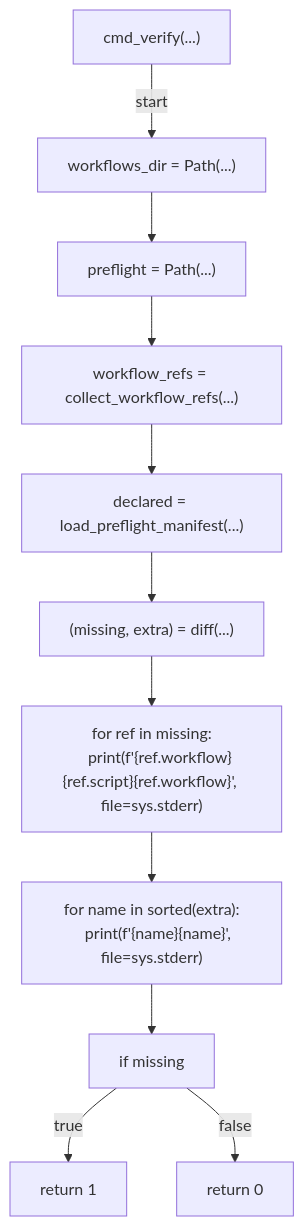
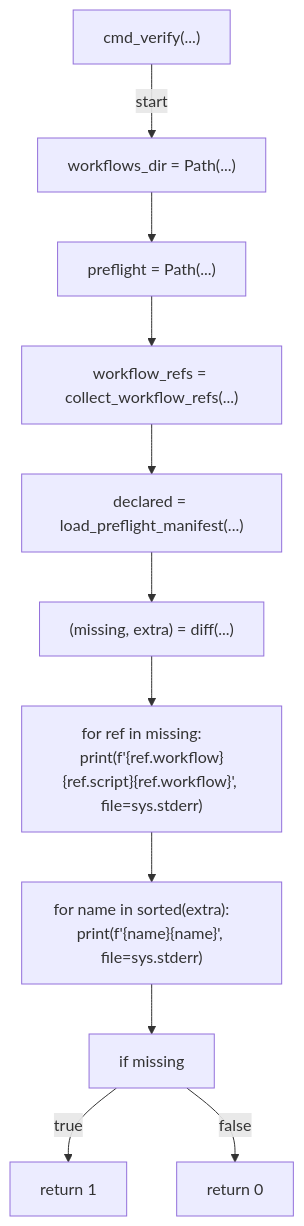
The sixth of 7 diagrams in docs/generated/scripts/ast/scan_preflight_drift.md (tvna/claude-md), drawn with Mermaid before and after one commit. The commit also changed other lines of this file and 23 other files, not shown here.

First line of the commit message:
docs(generated): regenerate decision tree and workflow diagrams (batch 4/5)

````diff
--- a/docs/generated/scripts/ast/scan_preflight_drift.md
+++ b/docs/generated/scripts/ast/scan_preflight_drift.md
@@ -104,26 +76,24 @@
 ```mermaid
 flowchart TD
     N001["cmd_verify(...)"]
     N002["workflows_dir = Path(...)"]
     N003["preflight = Path(...)"]
     N004["workflow_refs = collect_workflow_refs(...)"]
     N005["declared = load_preflight_manifest(...)"]
     N006["(missing, extra) = diff(...)"]
-    N007["for ref in missing:
-    print(f'<str>{ref.workflow}<str>{ref.script}<str>{ref.workflow}<str>', file=sys.stderr)"]
-    N008["for name in sorted(extra):
-    print(f'<str>{name}<str>{name}<str>', file=sys.stderr)"]
+    N007["for ref in missing:     print(f'<str>{ref.workflow}<str>{ref.script}<str>{ref.workflow}<str>', file=sys.stderr)"]
+    N008["for name in sorted(extra):     print(f'<str>{name}<str>{name}<str>', file=sys.stderr)"]
     N009["if missing"]
     N010["return 1"]
     N011["return 0"]
     N001 -->|"start"| N002
     N002 --> N003
     N003 --> N004
     N004 --> N005
     N005 --> N006
     N006 --> N007
     N007 --> N008
     N008 --> N009
     N009 -->|"true"| N010
     N009 -->|"false"| N011
 ```
````
